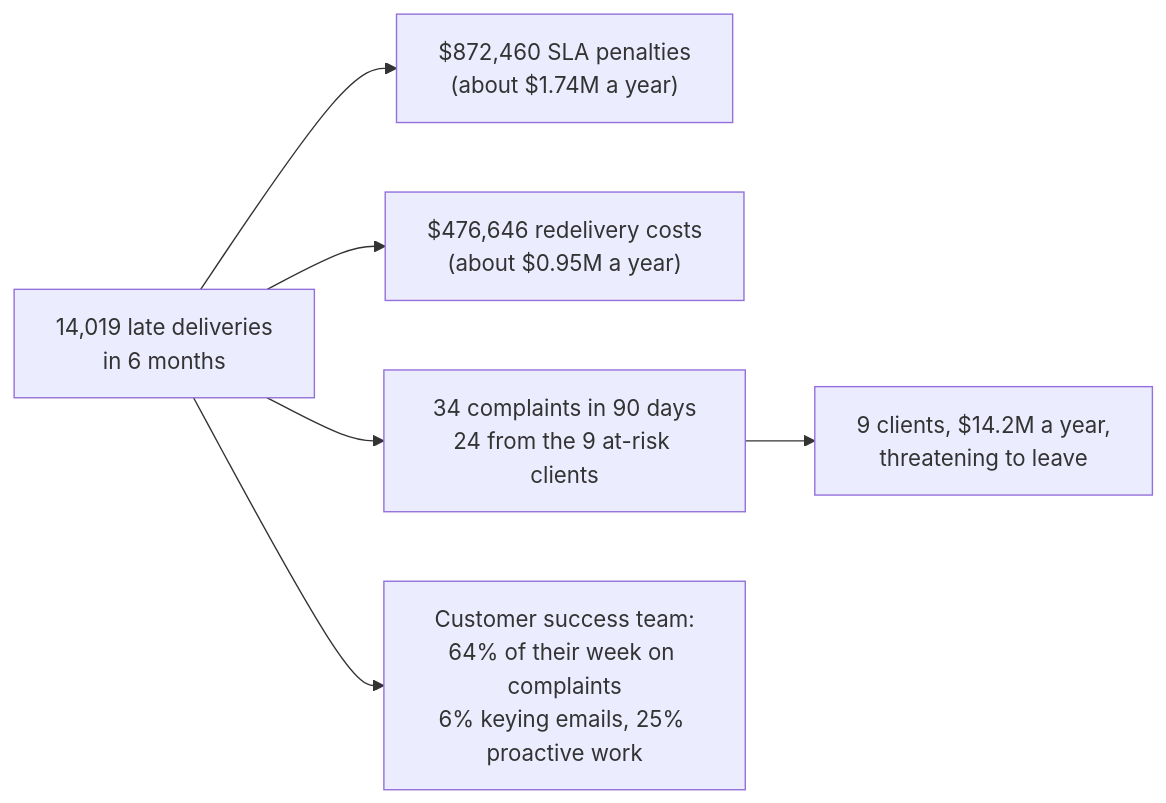
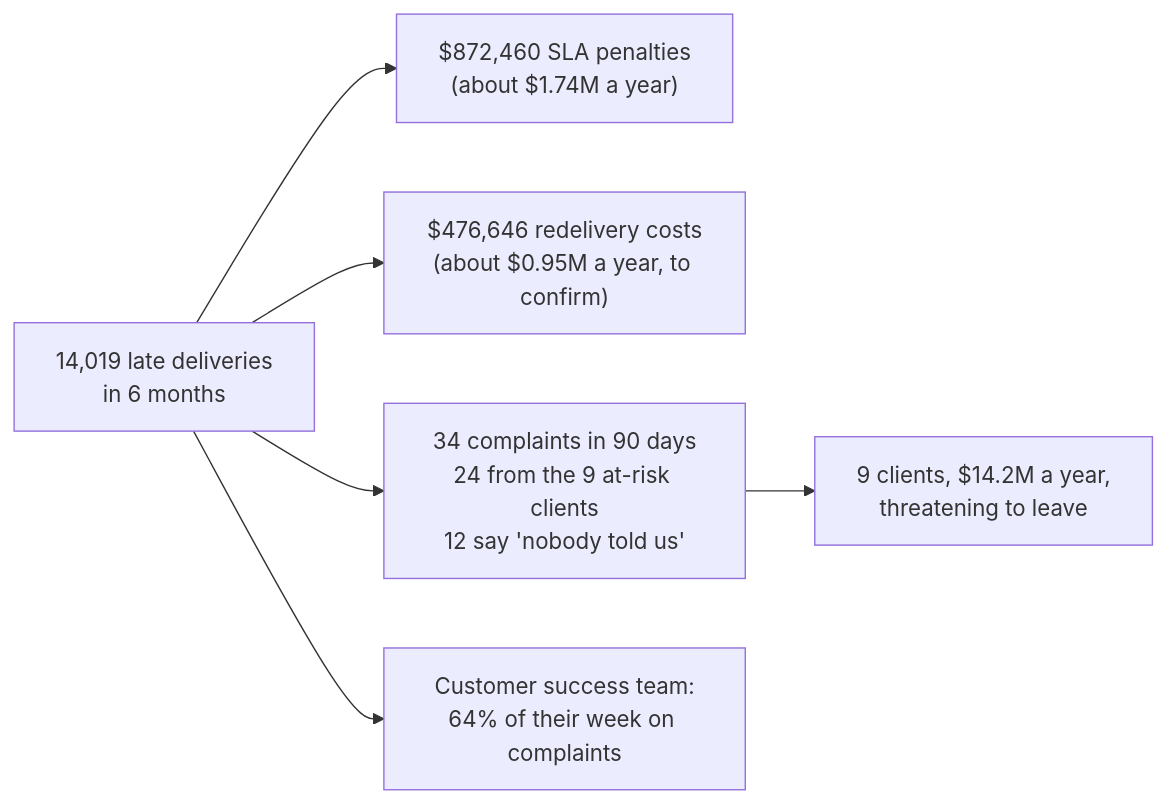
The seventh of 8 diagrams in docs/03-what-the-data-says.md (saimuthiki/halcyon-deliverylens), drawn with Mermaid before and after one commit. The commit also changed other lines of this file and 5 other files, not shown here.

````diff
--- a/docs/03-what-the-data-says.md
+++ b/docs/03-what-the-data-says.md
@@ -133,8 +134,8 @@
 ```mermaid
 flowchart LR
   L["14,019 late deliveries<br/>in 6 months"] --> P["$872,460 SLA penalties<br/>(about $1.74M a year)"]
-  L --> RD["$476,646 redelivery costs<br/>(about $0.95M a year)"]
-  L --> C["34 complaints in 90 days<br/>24 from the 9 at-risk clients"]
-  L --> CS["Customer success team:<br/>64% of their week on complaints<br/>6% keying emails, 25% proactive work"]
+  L --> RD["$476,646 redelivery costs<br/>(about $0.95M a year, to confirm)"]
+  L --> C["34 complaints in 90 days<br/>24 from the 9 at-risk clients<br/>12 say 'nobody told us'"]
+  L --> CS["Customer success team:<br/>64% of their week on complaints"]
   C --> R["9 clients, $14.2M a year,<br/>threatening to leave"]
 ```
````
